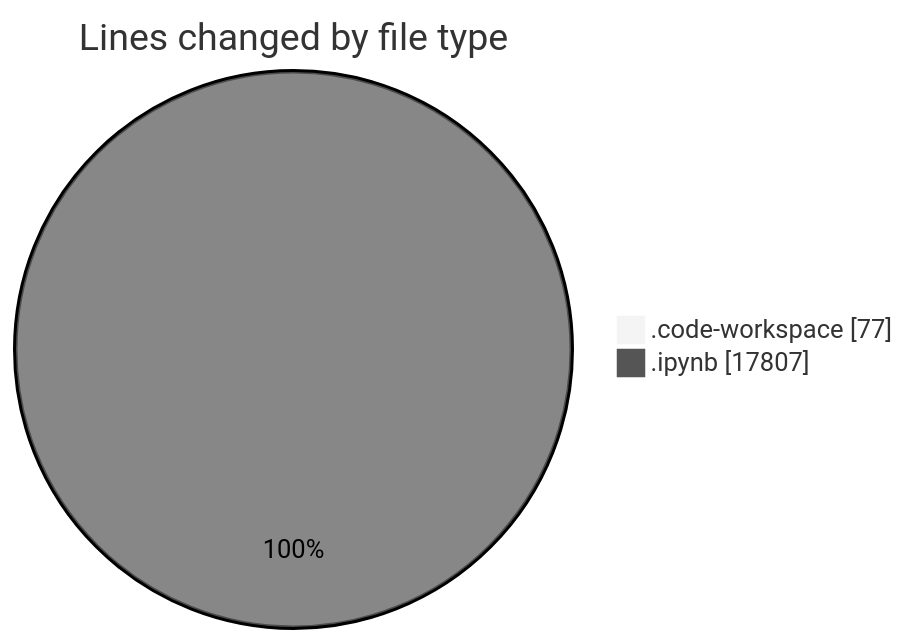
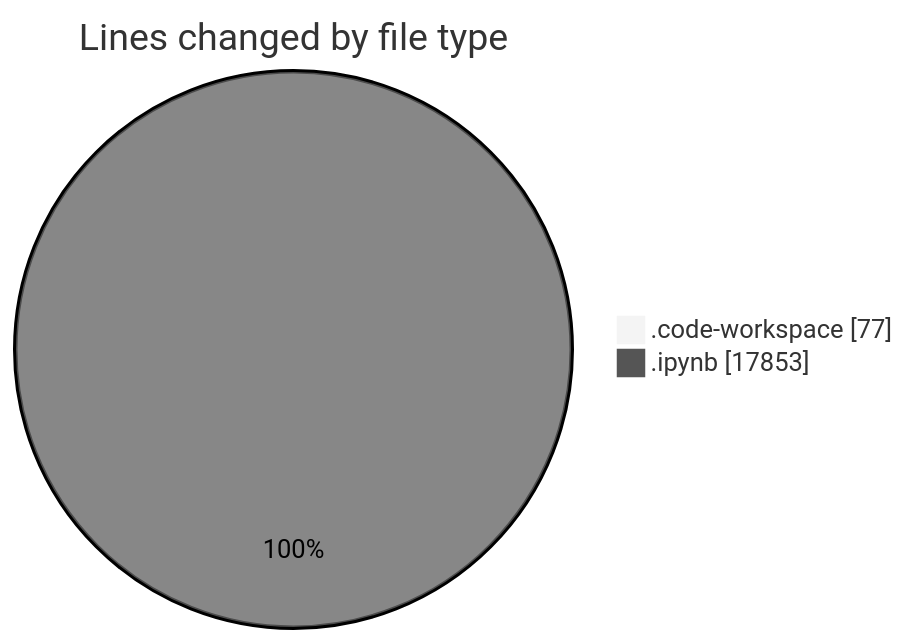
Before and after one commit to MatusMokan/code-tracking: the first of 2 diagrams in 2025-03-14/myws__workspace_/README.md, drawn with Mermaid (neutral theme). The commit also changed other lines of this file and 1 other file, not shown here.

````diff
--- a/2025-03-14/myws__workspace_/README.md
+++ b/2025-03-14/myws__workspace_/README.md
@@ -21,6 +21,6 @@
 ```mermaid
 pie showData
 title Lines changed by file type
 ".code-workspace" : 77
-".ipynb" : 17807
+".ipynb" : 17853
 ```
````
